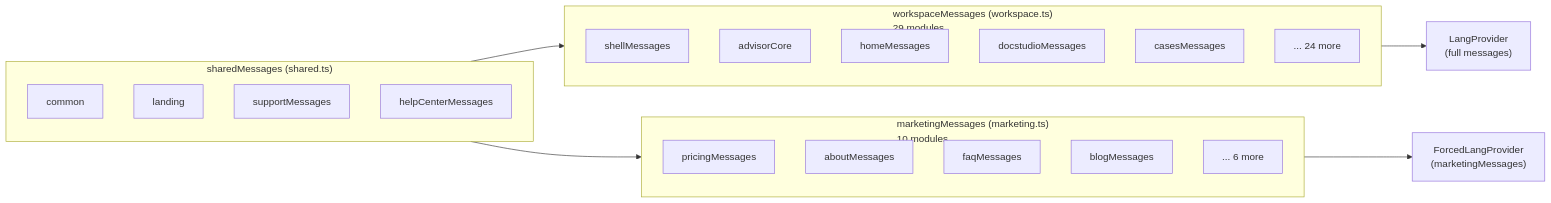
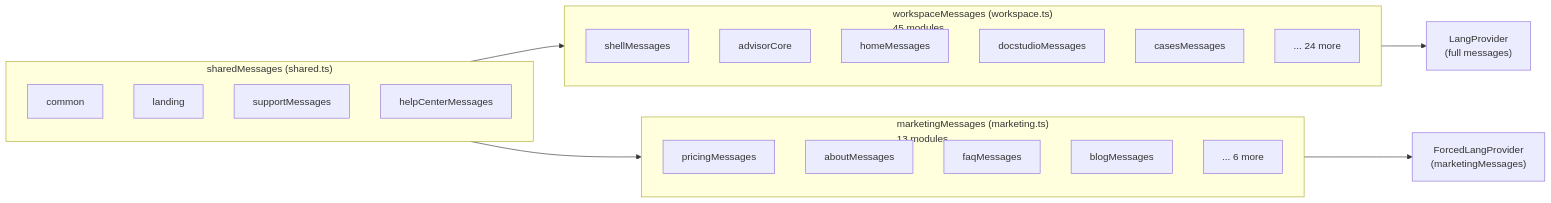
One commit to Dutiva-Canada/Dutiva_Web changed the third of 5 diagrams in docs/wiki/Core-i18n-Types-Providers.md. Above: the diagram before and after it, drawn with Mermaid. The commit also changed other lines of this file and 84 other files, not shown here.

````diff
--- a/docs/wiki/Core-i18n-Types-Providers.md
+++ b/docs/wiki/Core-i18n-Types-Providers.md
@@ -303,32 +303,32 @@
 ```mermaid
 flowchart LR
     subgraph SharedGroup["sharedMessages (shared.ts)"]
         common["common"]
         landing["landing"]
         support["supportMessages"]
         helpCenter["helpCenterMessages"]
     end
 
-    subgraph WorkspaceGroup["workspaceMessages (workspace.ts)\n29 modules"]
+    subgraph WorkspaceGroup["workspaceMessages (workspace.ts)\n45 modules"]
         shell["shellMessages"]
         advisorCore["advisorCore"]
         home["homeMessages"]
         docstudio["docstudioMessages"]
         cases["casesMessages"]
         etc1["... 24 more"]
     end
 
-    subgraph MarketingGroup["marketingMessages (marketing.ts)\n10 modules"]
+    subgraph MarketingGroup["marketingMessages (marketing.ts)\n13 modules"]
         pricing["pricingMessages"]
         about["aboutMessages"]
         faq["faqMessages"]
         blog["blogMessages"]
         etc2["... 6 more"]
     end
 
     SharedGroup --> WorkspaceGroup
     SharedGroup --> MarketingGroup
 
     WorkspaceGroup --> LP2["LangProvider\n(full messages)"]
     MarketingGroup --> FLP2["ForcedLangProvider\n(marketingMessages)"]
 ```
````
